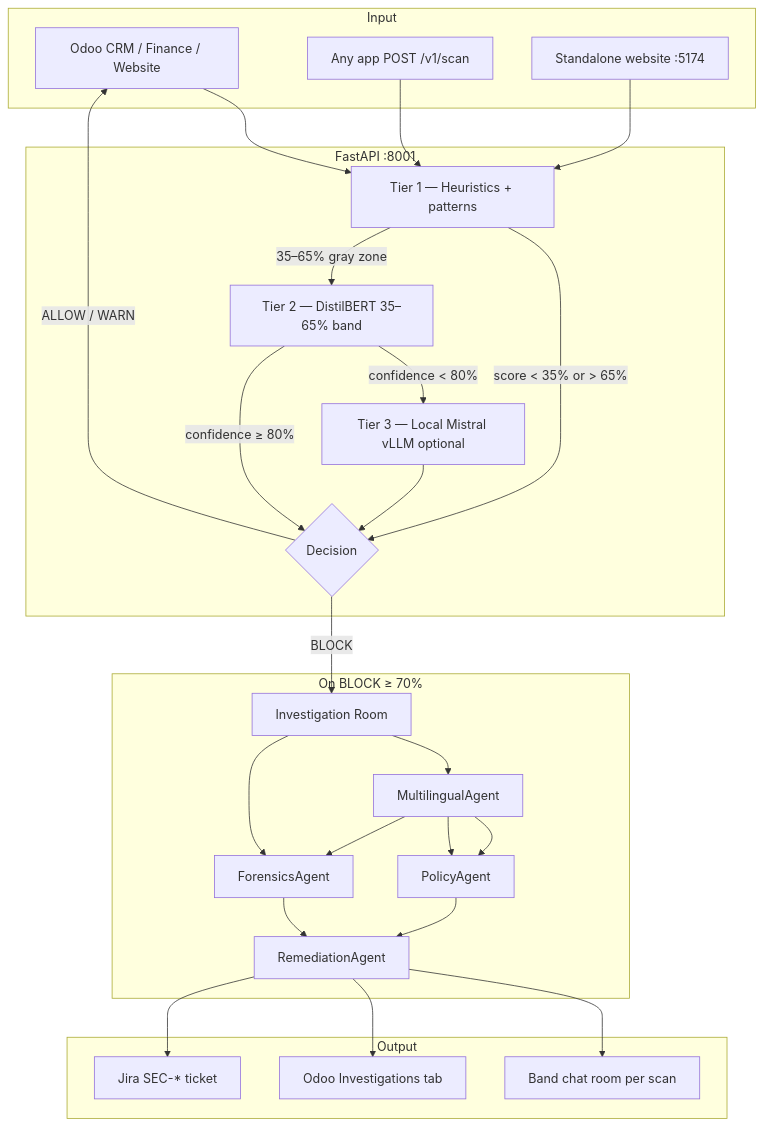
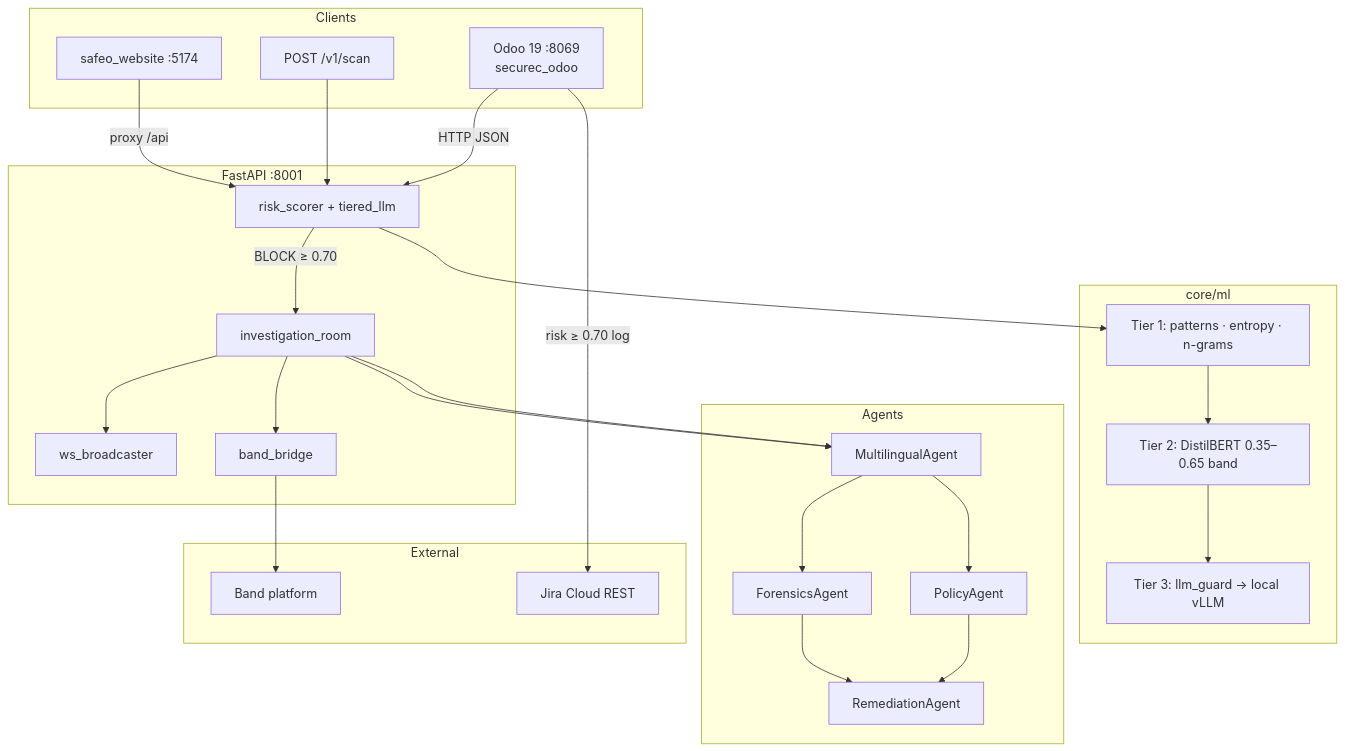
Before and after one commit to Shreeya1-pixel/SafeO_lablabai: the first of 2 diagrams in README.md, drawn with Mermaid. The commit also changed other lines of this file, not shown here.

First line of the commit message:
Rewrite README for technical judges: architecture, API surface, Band/ML depth.

````diff
--- a/README.md
+++ b/README.md
@@ -40,49 +44,46 @@
 ```mermaid
 flowchart TB
-    subgraph Input
-        A[Odoo CRM / Finance / Website]
-        B[Any app POST /v1/scan]
-        C[Standalone website :5174]
+    subgraph Clients
+        ODOO[Odoo 19 :8069<br/>securec_odoo]
+        API[POST /v1/scan]
+        WEB[safeo_website :5174]
     end
 
-    subgraph Engine["FastAPI :8001"]
-        T1[Tier 1 — Heuristics + patterns]
-        T2[Tier 2 — DistilBERT 35–65% band]
-        T3[Tier 3 — Local Mistral vLLM optional]
-        DEC{Decision}
+    subgraph SafeO["FastAPI :8001"]
+        SCORE[risk_scorer + tiered_llm]
+        INV[investigation_room]
+        WS[ws_broadcaster]
+        BB[band_bridge]
     end
 
-    subgraph Block["On BLOCK ≥ 70%"]
-        IR[Investigation Room]
-        ML[MultilingualAgent]
-        PO[PolicyAgent]
-        FO[ForensicsAgent]
-        RE[RemediationAgent]
+    subgraph ML["core/ml"]
+        T1[Tier 1: patterns · entropy · n-grams]
+        T2[Tier 2: DistilBERT 0.35–0.65 band]
+        T3[Tier 3: llm_guard → local vLLM]
     end
 
-    subgraph Output
-        BD[Band chat room per scan]
-        OD[Odoo Investigations tab]
-        JI[Jira SEC-* ticket]
+    subgraph Agents
+        MA[MultilingualAgent]
+        PA[PolicyAgent]
+        FA[ForensicsAgent]
+        RA[RemediationAgent]
     end
 
-    A --> T1
-    B --> T1
-    C --> T1
-    T1 -->|score &lt; 35% or &gt; 65%| DEC
-    T1 -->|35–65% gray zone| T2
-    T2 -->|confidence &lt; 80%| T3
-    T2 -->|confidence ≥ 80%| DEC
-    T3 --> DEC
-    DEC -->|ALLOW / WARN| A
-    DEC -->|BLOCK| IR
-    IR --> ML --> PO
-    IR --> FO
-    ML --> PO
-    ML --> FO
-    PO --> RE
-    FO --> RE
-    RE --> BD
-    RE --> OD
-    RE --> JI
+    subgraph External
+        BAND[Band platform]
+        JIRA[Jira Cloud REST]
+    end
+
+    ODOO -->|HTTP JSON| SCORE
+    API --> SCORE
+    WEB -->|proxy /api| SCORE
+    SCORE --> T1 --> T2 --> T3
+    SCORE -->|BLOCK ≥ 0.70| INV
+    INV --> MA --> PA
+    INV --> MA --> FA
+    PA --> RA
+    FA --> RA
+    INV --> WS
+    INV --> BB --> BAND
+    ODOO -->|risk ≥ 0.70 log| JIRA
 ```
````
